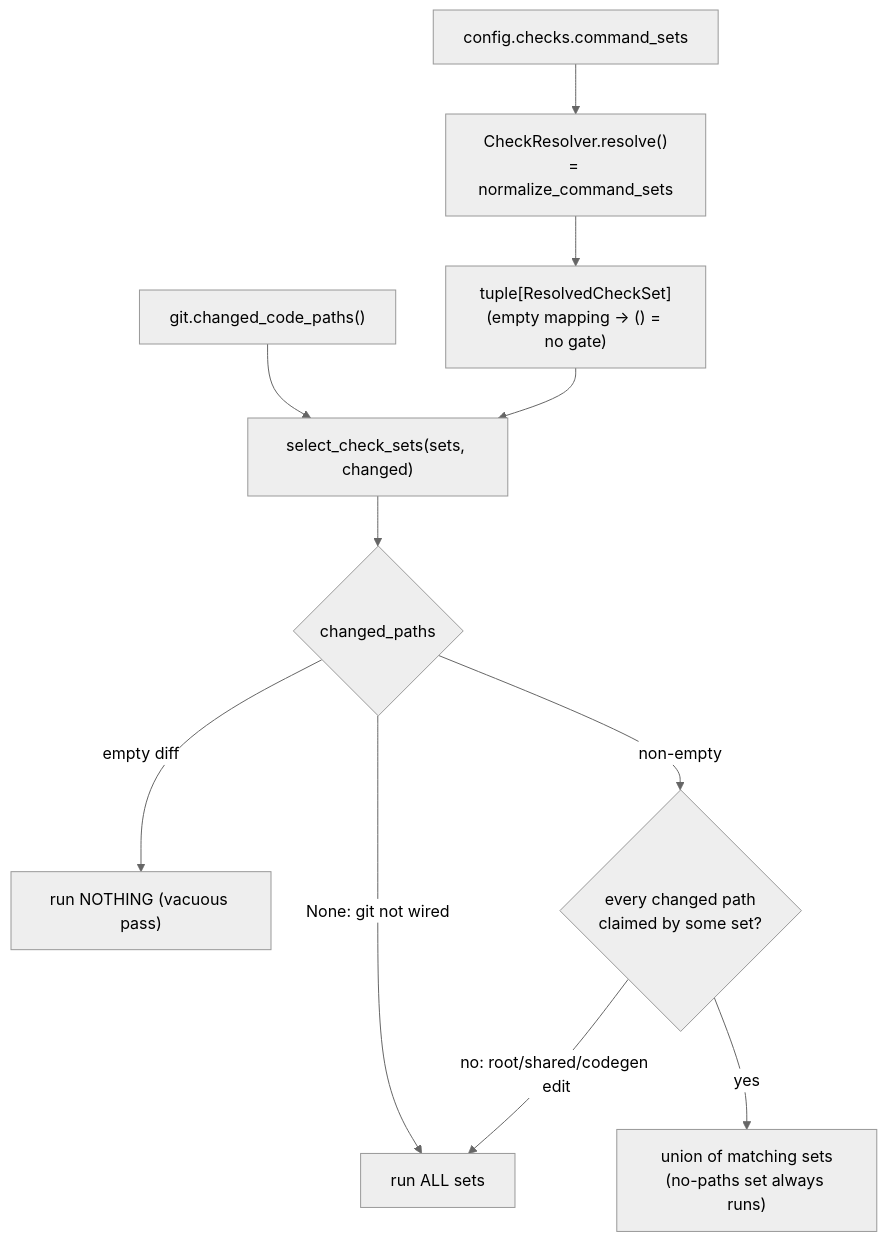
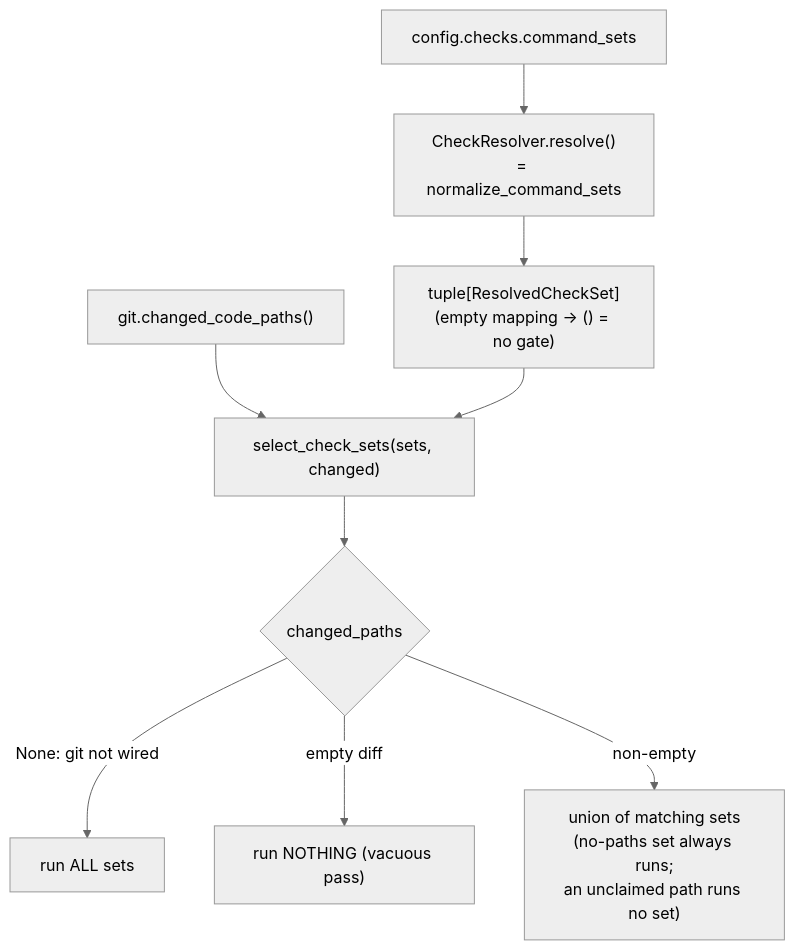
One commit to VladimirMakarevich/wastech-orchestrator changed the diagram in docs/functional/blocks/B23-check-discovery.md. Above: the diagram before and after it, drawn with Mermaid (neutral theme). The commit also changed other lines of this file and 71 other files, not shown here.

````diff
--- a/docs/functional/blocks/B23-check-discovery.md
+++ b/docs/functional/blocks/B23-check-discovery.md
@@ -45,13 +45,11 @@
 ```mermaid
 flowchart TB
     cfg["config.checks.command_sets"] --> res["CheckResolver.resolve()<br/>= normalize_command_sets"]
     res --> sets["tuple[ResolvedCheckSet]<br/>(empty mapping → () = no gate)"]
     diff["git.changed_code_paths()"] --> sel
     sets --> sel["select_check_sets(sets, changed)"]
     sel --> tri{"changed_paths"}
     tri -->|None: git not wired| all["run ALL sets"]
     tri -->|empty diff| none["run NOTHING (vacuous pass)"]
-    tri -->|non-empty| match{"every changed path<br/>claimed by some set?"}
-    match -->|no: root/shared/codegen edit| all
-    match -->|yes| union["union of matching sets<br/>(no-paths set always runs)"]
+    tri -->|non-empty| union["union of matching sets<br/>(no-paths set always runs;<br/>an unclaimed path runs no set)"]
 ```
````
